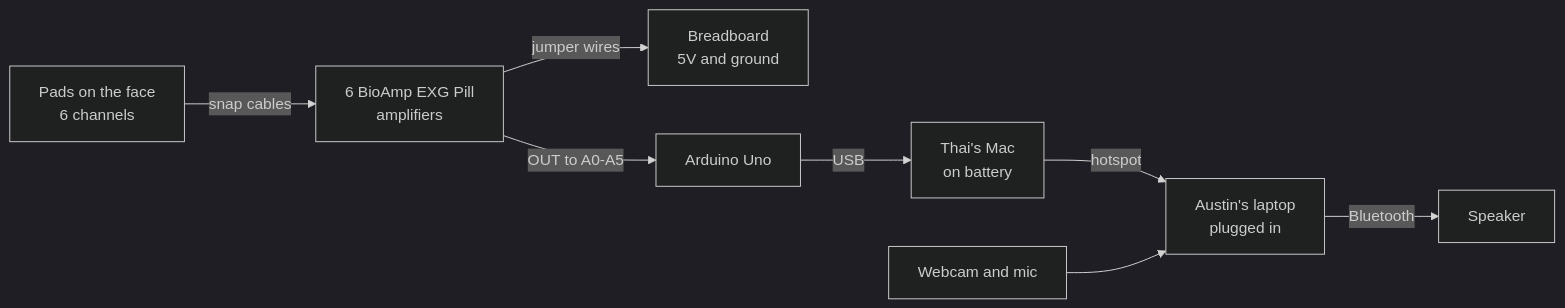
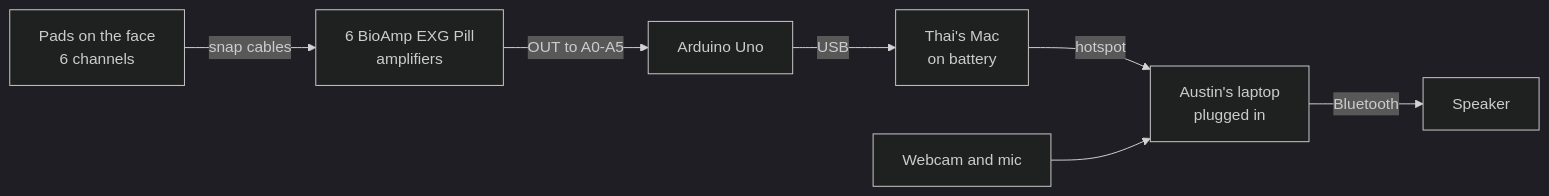
One commit to thaimtl/Reclaim changed the diagram in HARDWARE.md. Above: the diagram before and after it, drawn with Mermaid (dark theme). The commit also changed other lines of this file, not shown here.

````diff
--- a/HARDWARE.md
+++ b/HARDWARE.md
@@ -7,10 +5,9 @@
 ```mermaid
 flowchart LR
     P[Pads on the face<br/>6 channels] -->|snap cables| A[6 BioAmp EXG Pill<br/>amplifiers]
-    A -->|jumper wires| B[Breadboard<br/>5V and ground]
     A -->|OUT to A0-A5| U[Arduino Uno]
     U -->|USB| M[Thai's Mac<br/>on battery]
     M -->|hotspot| L[Austin's laptop<br/>plugged in]
     W[Webcam and mic] --> L
     L -->|Bluetooth| S[Speaker]
 ```
````
